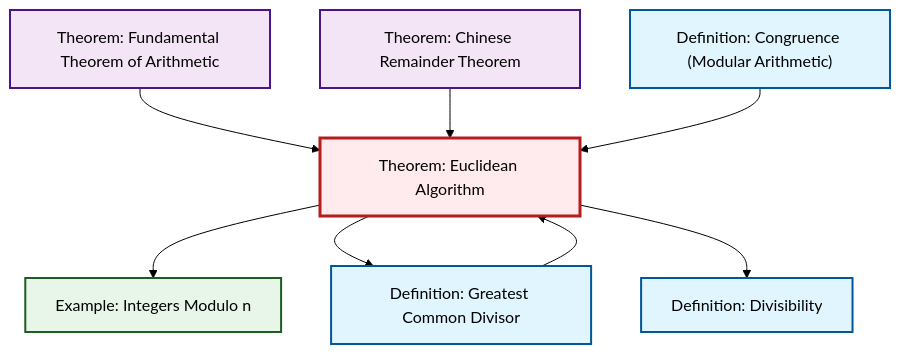
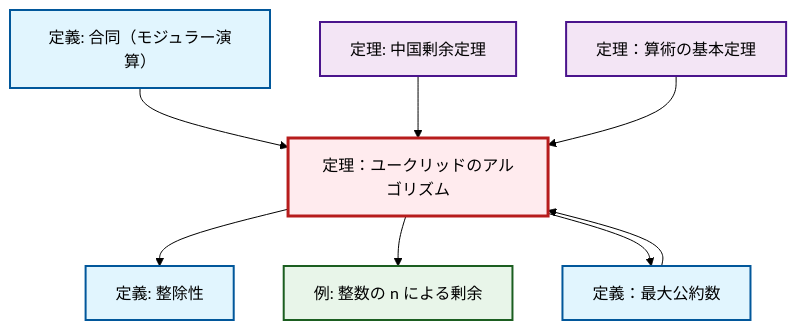
Before and after one commit to RK0429/ModernMath: the second of 2 diagrams in content/ja/number-theory/thm-euclidean-algorithm.qmd, drawn with Mermaid (forest theme). The commit also changed 1069 other files, not shown here.

````diff
--- a/content/ja/number-theory/thm-euclidean-algorithm.qmd
+++ b/content/ja/number-theory/thm-euclidean-algorithm.qmd
@@ -96,30 +96,30 @@
 ```{mermaid}
 %%| fig-cap: "Local dependency graph"
 graph TD
     classDef definition fill:#e1f5fe,stroke:#01579b,stroke-width:2px
     classDef theorem fill:#f3e5f5,stroke:#4a148c,stroke-width:2px
     classDef axiom fill:#fff3e0,stroke:#e65100,stroke-width:2px
     classDef example fill:#e8f5e9,stroke:#1b5e20,stroke-width:2px
     classDef current fill:#ffebee,stroke:#b71c1c,stroke-width:3px
-    thm-chinese-remainder["Theorem: Chinese Remainder Theorem"]:::theorem
-    thm-euclidean-algorithm["Theorem: Euclidean Algorithm"]:::theorem
-    def-gcd["Definition: Greatest Common Divisor"]:::definition
-    def-divisibility["Definition: Divisibility"]:::definition
-    thm-fundamental-arithmetic["Theorem: Fundamental Theorem of Arithmetic"]:::theorem
-    def-congruence["Definition: Congruence (Modular Arithmetic)"]:::definition
-    ex-quotient-integers-mod-n["Example: Integers Modulo n"]:::example
+    def-congruence["定義: 合同（モジュラー演算）"]:::definition
+    def-divisibility["定義: 整除性"]:::definition
+    thm-fundamental-arithmetic["定理：算術の基本定理"]:::theorem
+    thm-euclidean-algorithm["定理：ユークリッドのアルゴリズム"]:::theorem
+    thm-chinese-remainder["定理: 中国剰余定理"]:::theorem
+    def-gcd["定義：最大公約数"]:::definition
+    ex-quotient-integers-mod-n["例: 整数の n による剰余"]:::example
+    def-congruence --> thm-euclidean-algorithm
     def-gcd --> thm-euclidean-algorithm
+    thm-euclidean-algorithm --> def-divisibility
     thm-euclidean-algorithm --> ex-quotient-integers-mod-n
     thm-euclidean-algorithm --> def-gcd
+    thm-chinese-remainder --> thm-euclidean-algorithm
     thm-fundamental-arithmetic --> thm-euclidean-algorithm
-    thm-chinese-remainder --> thm-euclidean-algorithm
-    def-congruence --> thm-euclidean-algorithm
-    thm-euclidean-algorithm --> def-divisibility
     class thm-euclidean-algorithm current
-    click thm-chinese-remainder "thm-chinese-remainder.html" "Theorem: Chinese Remainder Theoremへ"
-    click def-gcd "def-gcd.html" "Definition: Greatest Common Divisorへ"
-    click def-divisibility "def-divisibility.html" "Definition: Divisibilityへ"
-    click thm-fundamental-arithmetic "thm-fundamental-arithmetic.html" "Theorem: Fundamental Theorem of Arithmeticへ"
-    click def-congruence "def-congruence.html" "Definition: Congruence (Modular Arithmetic)へ"
-    click ex-quotient-integers-mod-n "ex-quotient-integers-mod-n.html" "Example: Integers Modulo nへ"
+    click def-congruence "def-congruence.html" "合同（モジュラー演算）の定義へ"
+    click def-divisibility "def-divisibility.html" "整除性の定義へ"
+    click thm-fundamental-arithmetic "thm-fundamental-arithmetic.html" "定理：算術の基本定理へ"
+    click thm-chinese-remainder "thm-chinese-remainder.html" "中国剰余定理の定理へ"
+    click def-gcd "def-gcd.html" "定義：最大公約数へ"
+    click ex-quotient-integers-mod-n "ex-quotient-integers-mod-n.html" "整数の n による剰余の例へ"
 ```
````
